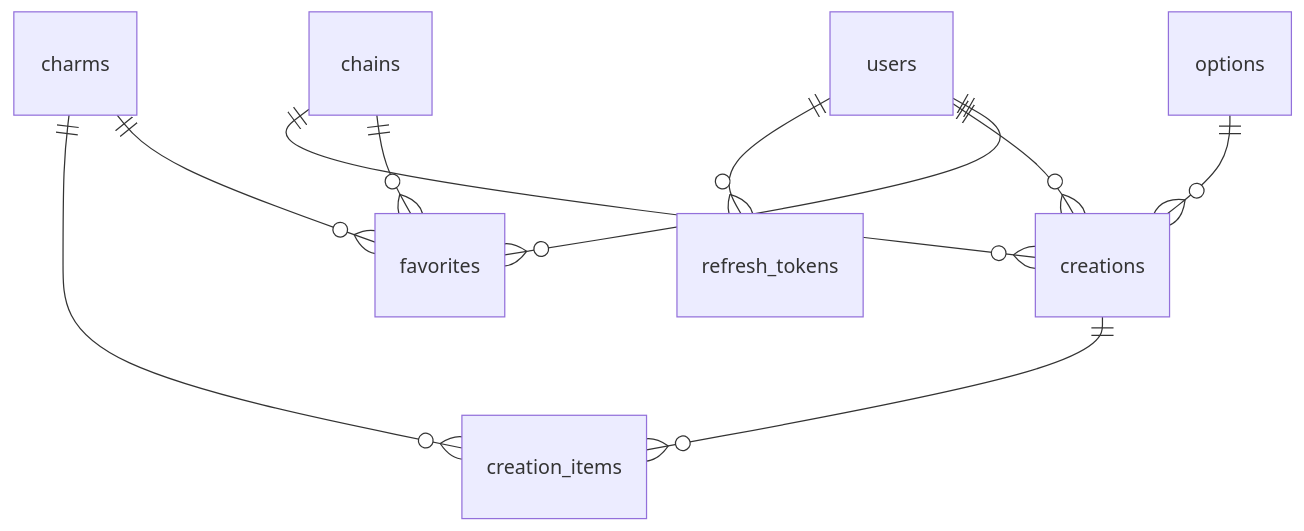
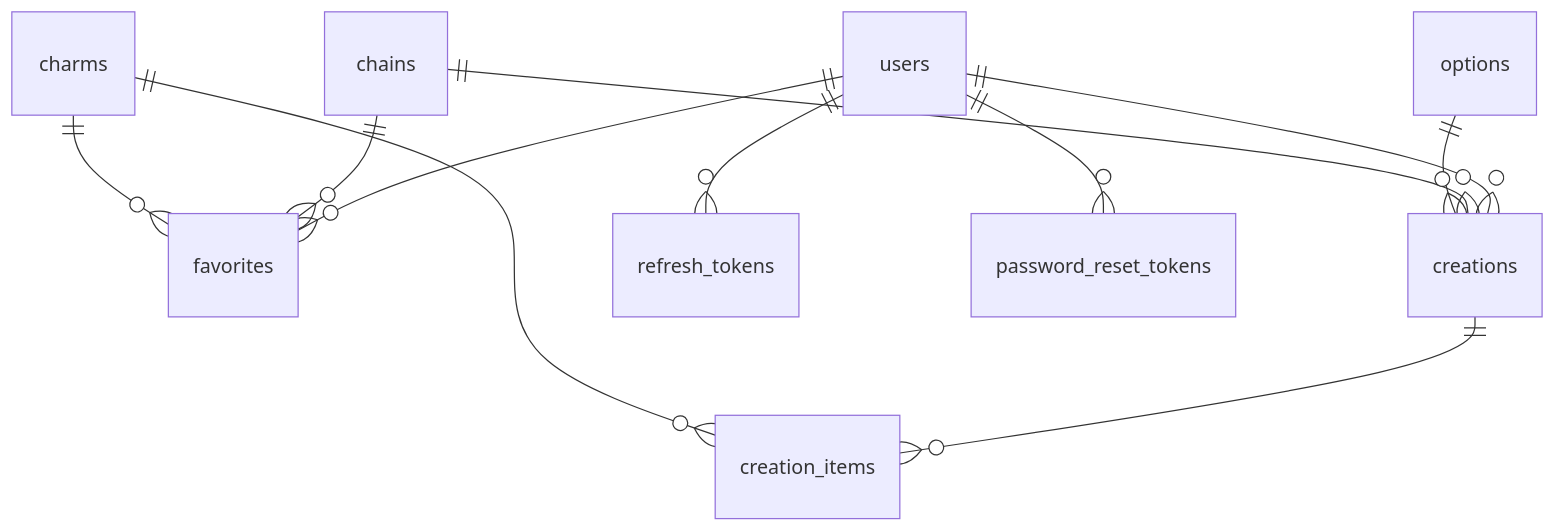
Before and after one commit to marieesss/jewel-shop: the third of 6 diagrams in docs/architecture.md, drawn with Mermaid. The commit also changed other lines of this file, not shown here.

````diff
--- a/docs/architecture.md
+++ b/docs/architecture.md
@@ -105,12 +113,13 @@
 ```mermaid
 erDiagram
     users ||--o{ favorites : ""
     users ||--o{ creations : ""
     users ||--o{ refresh_tokens : ""
+    users ||--o{ password_reset_tokens : ""
     chains ||--o{ favorites : ""
     charms ||--o{ favorites : ""
     chains ||--o{ creations : ""
     options ||--o{ creations : ""
     creations ||--o{ creation_items : ""
     charms ||--o{ creation_items : ""
 ```
````
